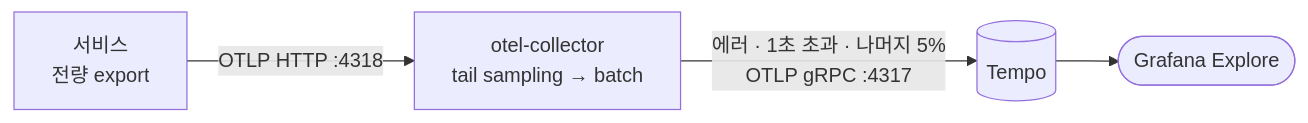
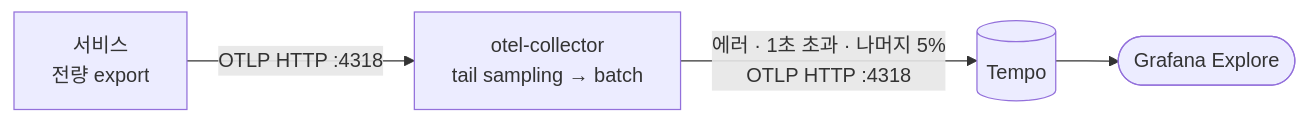
The third of 3 diagrams in .docs/guide/002-observability.md (rivertw777/ModuDrive-API), drawn with Mermaid before and after one commit. The commit also changed other lines of this file and 6 other files, not shown here.

````diff
--- a/.docs/guide/002-observability.md
+++ b/.docs/guide/002-observability.md
@@ -211,11 +211,11 @@
 ```mermaid
 flowchart LR
     S["서비스<br/>전량 export"]
     C["otel-collector<br/>tail sampling → batch"]
     T[("Tempo")]
     G(["Grafana Explore"])
 
     S -- "OTLP HTTP :4318" --> C
-    C -- "에러 · 1초 초과 · 나머지 5%<br/>OTLP gRPC :4317" --> T
+    C -- "에러 · 1초 초과 · 나머지 5%<br/>OTLP HTTP :4318" --> T
     T --> G
 ```
````
